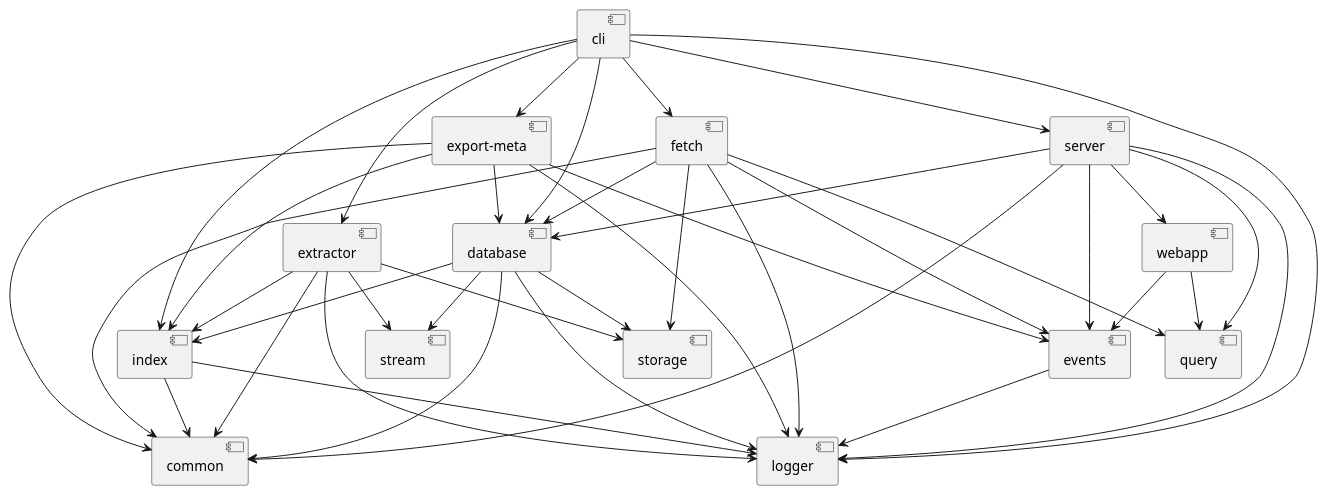
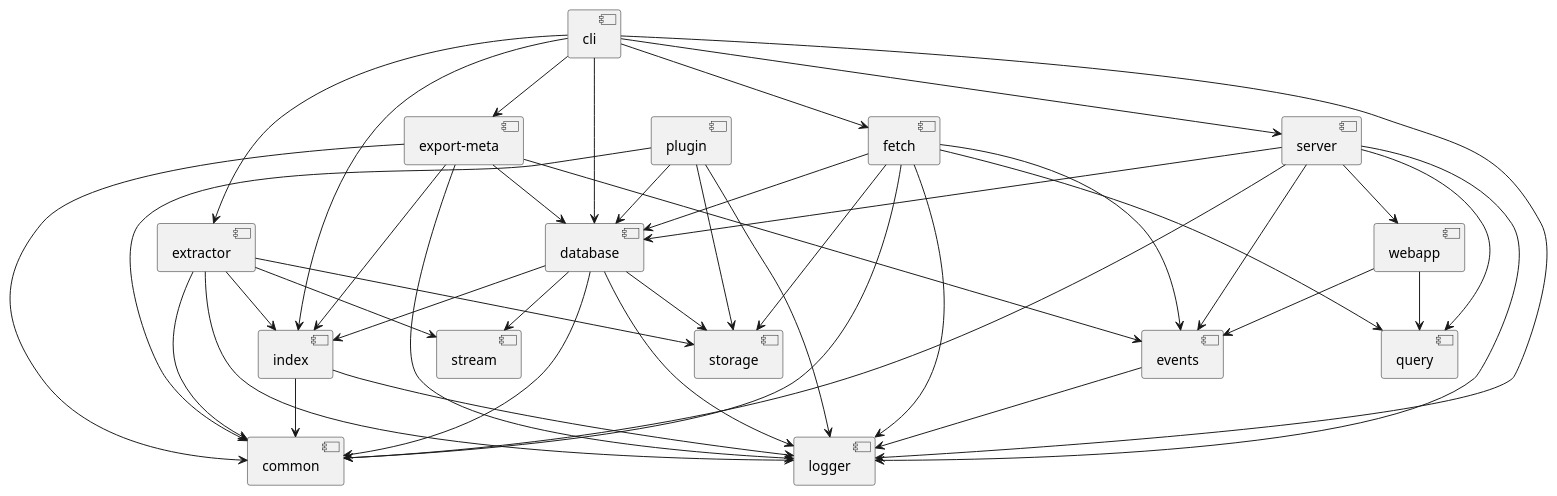
The diagram in source/development/plantuml/module-dependencies.plantuml (xemle/home-gallery-doc), drawn with PlantUML before and after one commit. The commit also changed 24 other files, not shown here.

```diff
--- a/source/development/plantuml/module-dependencies.plantuml
+++ b/source/development/plantuml/module-dependencies.plantuml
@@ -1,49 +1,55 @@
 @startuml
 [cli] --> [index]
 [cli] --> [database]
 [cli] --> [export-meta]
 [cli] --> [extractor]
 [cli] --> [server]
 [cli] --> [fetch]
 [cli] --> [logger]
 
 [index] --> [common]
 [index] --> [logger]
 
 [extractor] --> [common]
 [extractor] --> [index]
 [extractor] --> [logger]
 [extractor] --> [storage]
 [extractor] --> [stream]
 
 [database] --> [common]
 [database] --> [index]
 [database] --> [logger]
 [database] --> [storage]
 [database] --> [stream]
 
 [events] --> [logger]
 
 [server] --> [common]
 [server] --> [database]
 [server] --> [events]
 [server] --> [logger]
 [server] --> [query]
 [server] --> [webapp]
 
 [fetch] --> [common]
 [fetch] --> [database]
 [fetch] --> [events]
 [fetch] --> [logger]
 [fetch] --> [query]
 [fetch] --> [storage]
 
 [export-meta] --> [common]
 [export-meta] --> [index]
 [export-meta] --> [database]
 [export-meta] --> [events]
 [export-meta] --> [logger]
 
 [webapp] --> [events]
 [webapp] --> [query]
+
+[plugin] --> [common]
+[plugin] --> [database]
+[plugin] --> [logger]
+[plugin] --> [storage]
+
 @enduml
```
